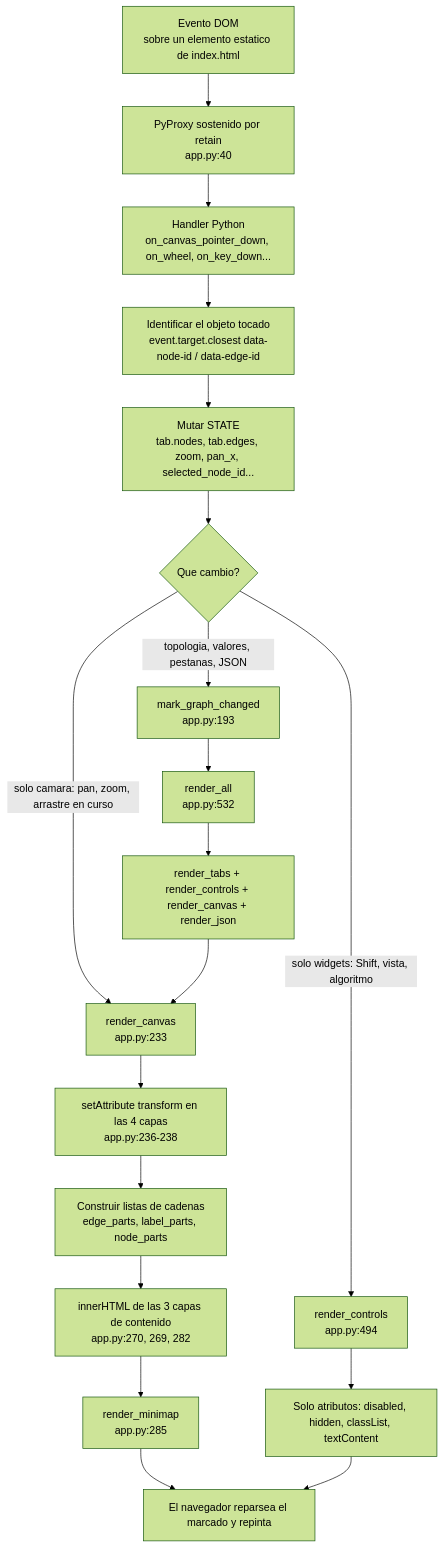
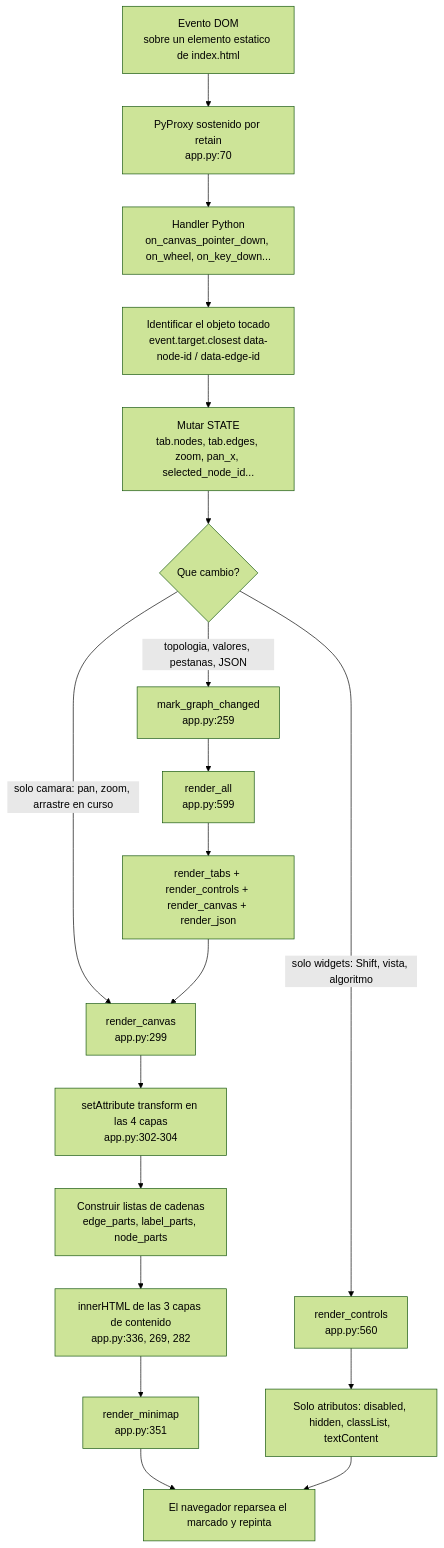
One commit to Rou-uu/consenso-simulador changed the first of 6 diagrams in docs/03-interfaz.md. Above: the diagram before and after it, drawn with Mermaid (forest theme). The commit also changed other lines of this file and 19 other files, not shown here.

````diff
--- a/docs/03-interfaz.md
+++ b/docs/03-interfaz.md
@@ -40,21 +40,21 @@
 ```mermaid
 flowchart TD
-    A["Evento DOM<br/>sobre un elemento estatico de index.html"] --> B["PyProxy sostenido por retain<br/>app.py:40"]
+    A["Evento DOM<br/>sobre un elemento estatico de index.html"] --> B["PyProxy sostenido por retain<br/>app.py:70"]
     B --> C["Handler Python<br/>on_canvas_pointer_down, on_wheel, on_key_down..."]
     C --> D["Identificar el objeto tocado<br/>event.target.closest data-node-id / data-edge-id"]
     D --> E["Mutar STATE<br/>tab.nodes, tab.edges, zoom, pan_x, selected_node_id..."]
     E --> G{"Que cambio?"}
-    G -->|"topologia, valores, pestanas, JSON"| F["mark_graph_changed<br/>app.py:193"]
-    F --> H["render_all<br/>app.py:532"]
-    G -->|"solo camara: pan, zoom, arrastre en curso"| I["render_canvas<br/>app.py:233"]
-    G -->|"solo widgets: Shift, vista, algoritmo"| J["render_controls<br/>app.py:494"]
+    G -->|"topologia, valores, pestanas, JSON"| F["mark_graph_changed<br/>app.py:259"]
+    F --> H["render_all<br/>app.py:599"]
+    G -->|"solo camara: pan, zoom, arrastre en curso"| I["render_canvas<br/>app.py:299"]
+    G -->|"solo widgets: Shift, vista, algoritmo"| J["render_controls<br/>app.py:560"]
     H --> K["render_tabs + render_controls + render_canvas + render_json"]
     K --> I
-    I --> T["setAttribute transform en las 4 capas<br/>app.py:236-238"]
+    I --> T["setAttribute transform en las 4 capas<br/>app.py:302-304"]
     T --> L["Construir listas de cadenas<br/>edge_parts, label_parts, node_parts"]
-    L --> M["innerHTML de las 3 capas de contenido<br/>app.py:270, 269, 282"]
-    M --> N["render_minimap<br/>app.py:285"]
+    L --> M["innerHTML de las 3 capas de contenido<br/>app.py:336, 269, 282"]
+    M --> N["render_minimap<br/>app.py:351"]
     J --> O["Solo atributos: disabled, hidden, classList, textContent"]
     N --> P["El navegador reparsea el marcado y repinta"]
     O --> P
 ```
````
